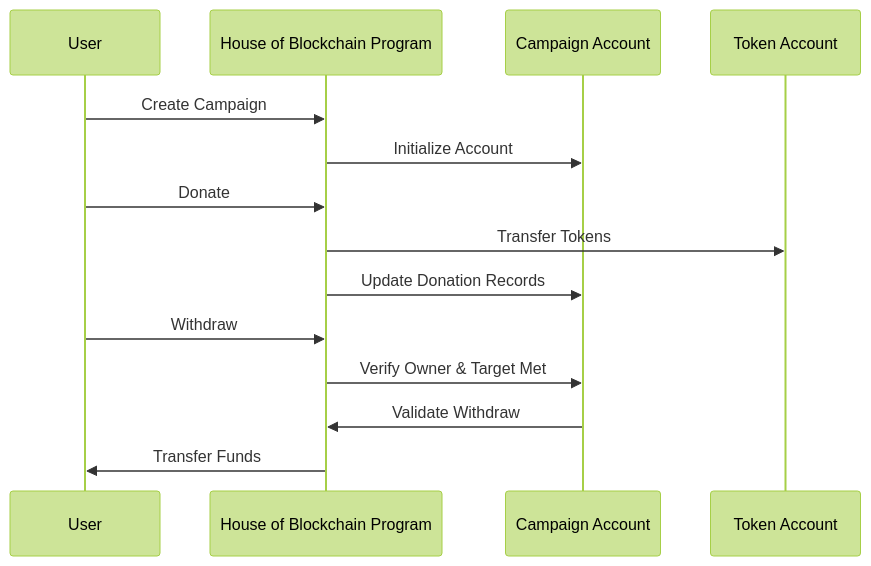
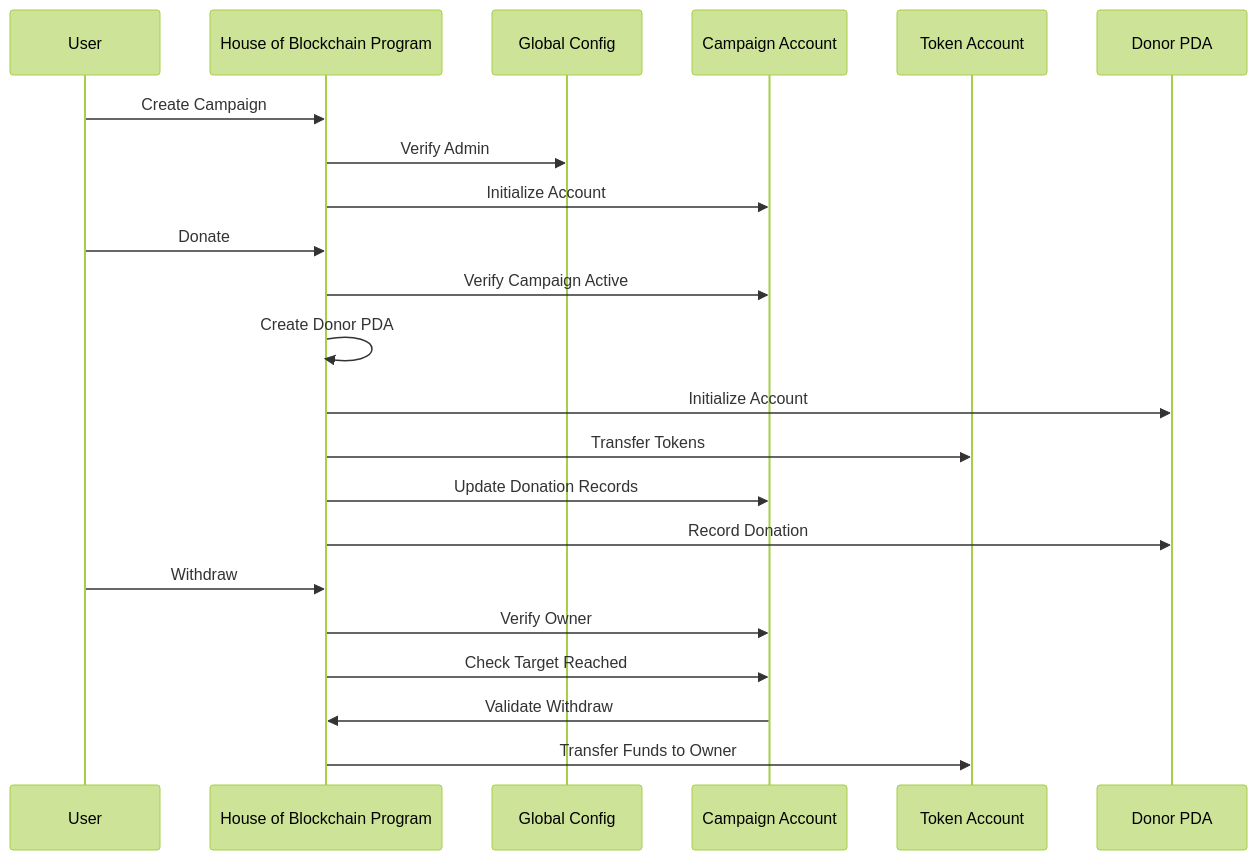
The second of 2 diagrams in README.md (nileshpahari/heartofblockchain), drawn with Mermaid (forest theme) before and after one commit. The commit also changed other lines of this file, not shown here.

First line of the commit message:
Revise README.md to clarify project architecture and data flow

````diff
--- a/README.md
+++ b/README.md
@@ -30,19 +30,27 @@
 ```mermaid
 sequenceDiagram
     participant User
     participant Program as House of Blockchain Program
+    participant Config as Global Config
     participant Campaign as Campaign Account
     participant Token as Token Account
+    participant DonorPDA as Donor PDA
 
     User->>Program: Create Campaign
+    Program->>Config: Verify Admin
     Program->>Campaign: Initialize Account
     
     User->>Program: Donate
+    Program->>Campaign: Verify Campaign Active
+    Program->>Program: Create Donor PDA
+    Program->>DonorPDA: Initialize Account
     Program->>Token: Transfer Tokens
     Program->>Campaign: Update Donation Records
+    Program->>DonorPDA: Record Donation
 
     User->>Program: Withdraw
-    Program->>Campaign: Verify Owner & Target Met
+    Program->>Campaign: Verify Owner
+    Program->>Campaign: Check Target Reached
     Campaign->>Program: Validate Withdraw
-    Program->>User: Transfer Funds
+    Program->>Token: Transfer Funds to Owner
 ```
````
